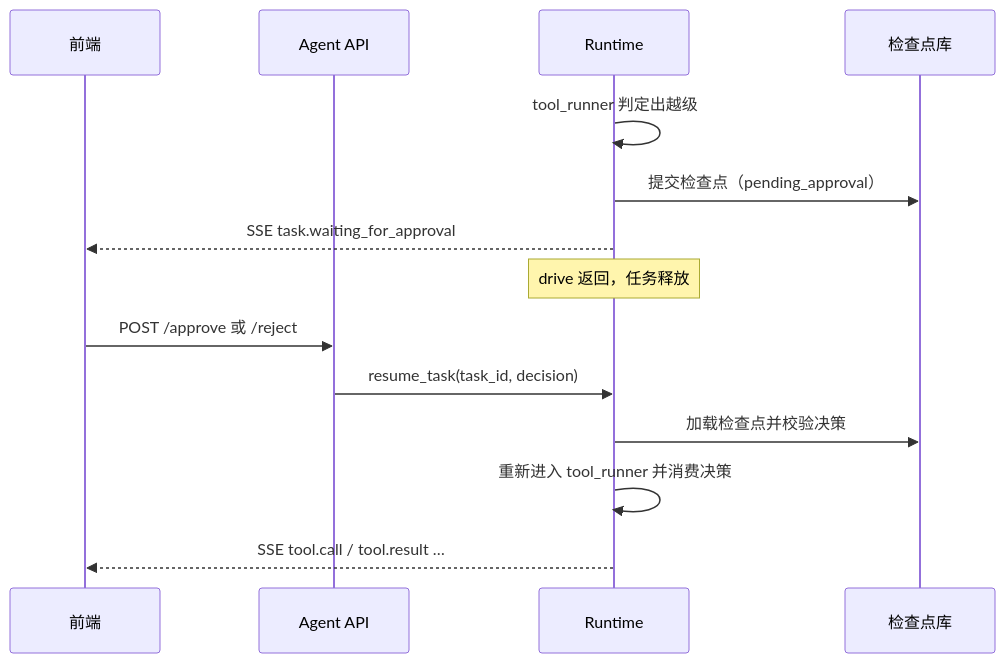
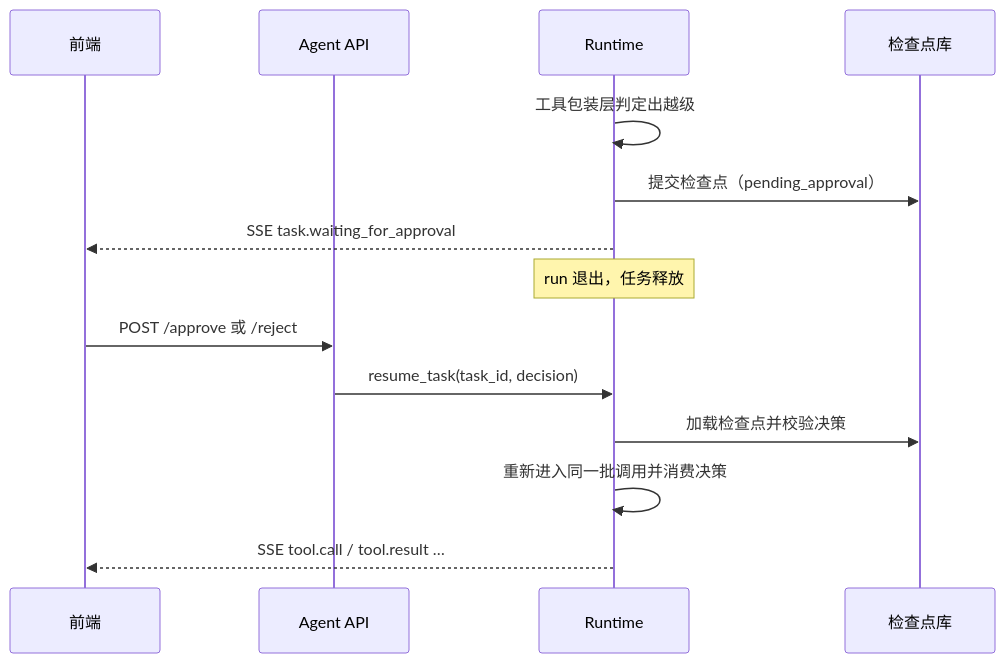
Before and after one commit to MakinoharaShokosans/BaseAgent: the diagram in docs/02_runtime/04_approval.md, drawn with Mermaid. The commit also changed other lines of this file and 51 other files, not shown here.

````diff
--- a/docs/02_runtime/04_approval.md
+++ b/docs/02_runtime/04_approval.md
@@ -126,17 +126,17 @@
 ```mermaid
 sequenceDiagram
     participant FE as 前端
     participant API as Agent API
     participant RT as Runtime
     participant DB as 检查点库
 
-    RT->>RT: tool_runner 判定出越级
+    RT->>RT: 工具包装层判定出越级
     RT->>DB: 提交检查点（pending_approval）
     RT-->>FE: SSE task.waiting_for_approval
-    Note over RT: drive 返回，任务释放
+    Note over RT: run 退出，任务释放
     FE->>API: POST /approve 或 /reject
     API->>RT: resume_task(task_id, decision)
     RT->>DB: 加载检查点并校验决策
-    RT->>RT: 重新进入 tool_runner 并消费决策
+    RT->>RT: 重新进入同一批调用并消费决策
     RT-->>FE: SSE tool.call / tool.result …
 ```
````
